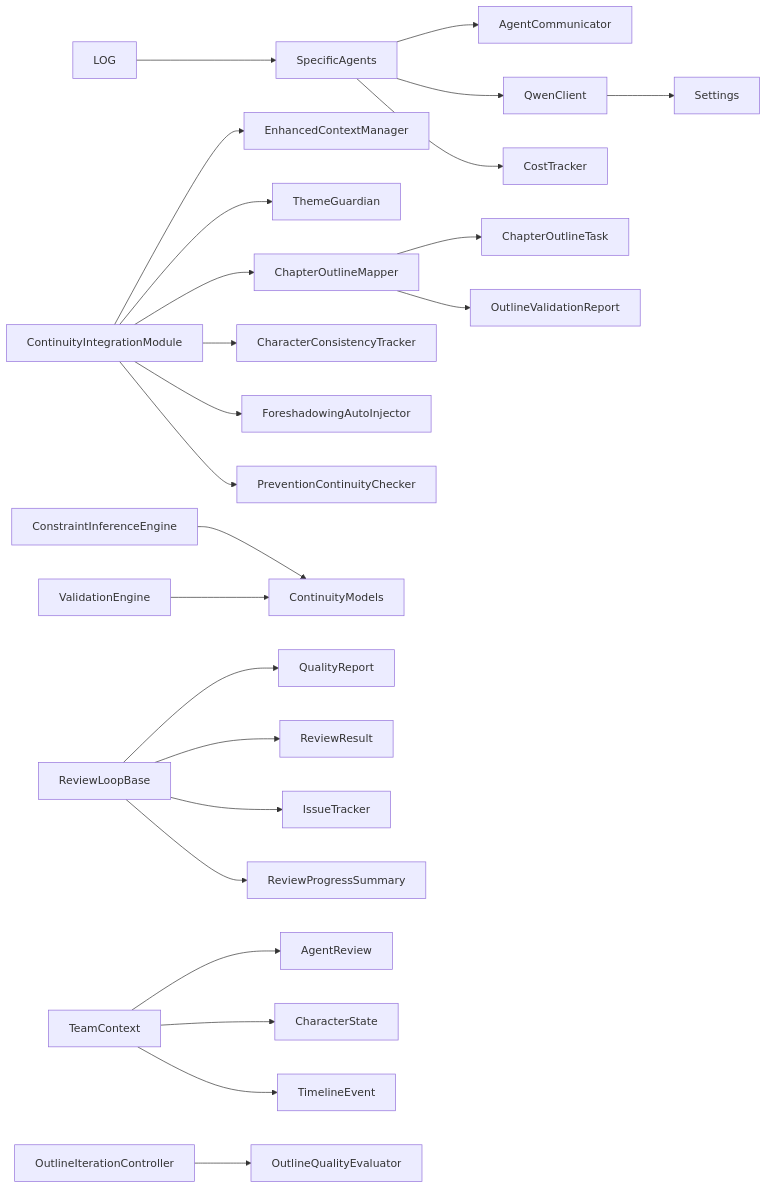
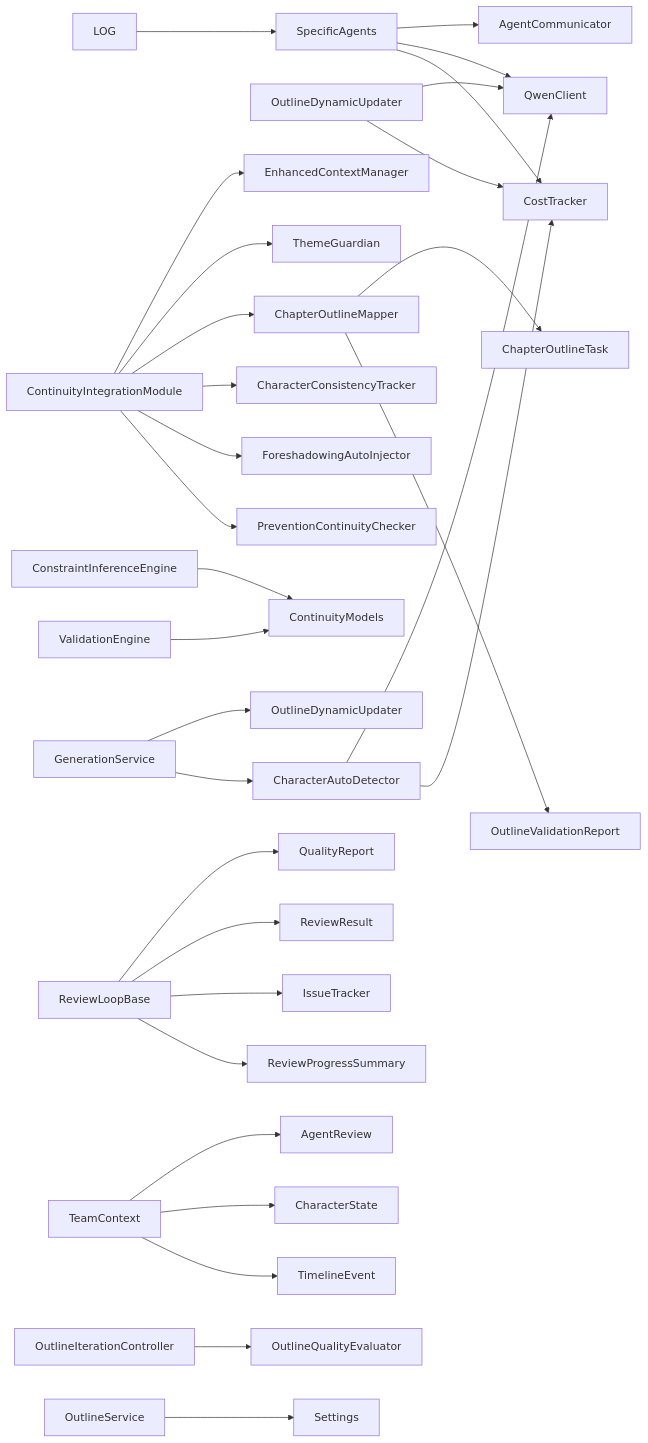
Diagram 18 of 18 in .qoder/repowiki/zh/content/AI智能体系统/AI智能体系统.md (xfbyxq/ai-novel-system), drawn with Mermaid before and after one commit. The commit also changed other lines of this file and 11 other files, not shown here.

````diff
--- a/.qoder/repowiki/zh/content/AI智能体系统/AI智能体系统.md
+++ b/.qoder/repowiki/zh/content/AI智能体系统/AI智能体系统.md
@@ -1028,26 +1235,32 @@
 ```mermaid
 graph LR
 SA["SpecificAgents"] --> AC["AgentCommunicator"]
 SA --> QC["QwenClient"]
 SA --> CT["CostTracker"]
+ODU["OutlineDynamicUpdater"] --> QC
+ODU --> CT
+CAD["CharacterAutoDetector"] --> QC
+CAD --> CT
 CIM["ContinuityIntegrationModule"] --> ECM["EnhancedContextManager"]
 CIM --> TG["ThemeGuardian"]
 CIM --> COM["ChapterOutlineMapper"]
 CIM --> CCT["CharacterConsistencyTracker"]
 CIM --> FAI["ForeshadowingAutoInjector"]
 CIM --> PCC["PreventionContinuityChecker"]
 CIE["ConstraintInferenceEngine"] --> CM["ContinuityModels"]
 VE["ValidationEngine"] --> CM
 RLB["ReviewLoopBase"] --> QR["QualityReport"]
 RLB --> RR["ReviewResult"]
 RLB --> IE["IssueTracker"]
 RLB --> RS["ReviewProgressSummary"]
 TC["TeamContext"] --> AR["AgentReview"]
 TC --> CS["CharacterState"]
 TC --> TL["TimelineEvent"]
 COM --> COT["ChapterOutlineTask"]
 COM --> OVR["OutlineValidationReport"]
 OIC["OutlineIterationController"] --> OQE["OutlineQualityEvaluator"]
-QC --> CFG["Settings"]
+GS["GenerationService"] --> ODUE["OutlineDynamicUpdater"]
+GS --> CAD
+OS["OutlineService"] --> CFG["Settings"]
 LOG --> SA
 ```
````
